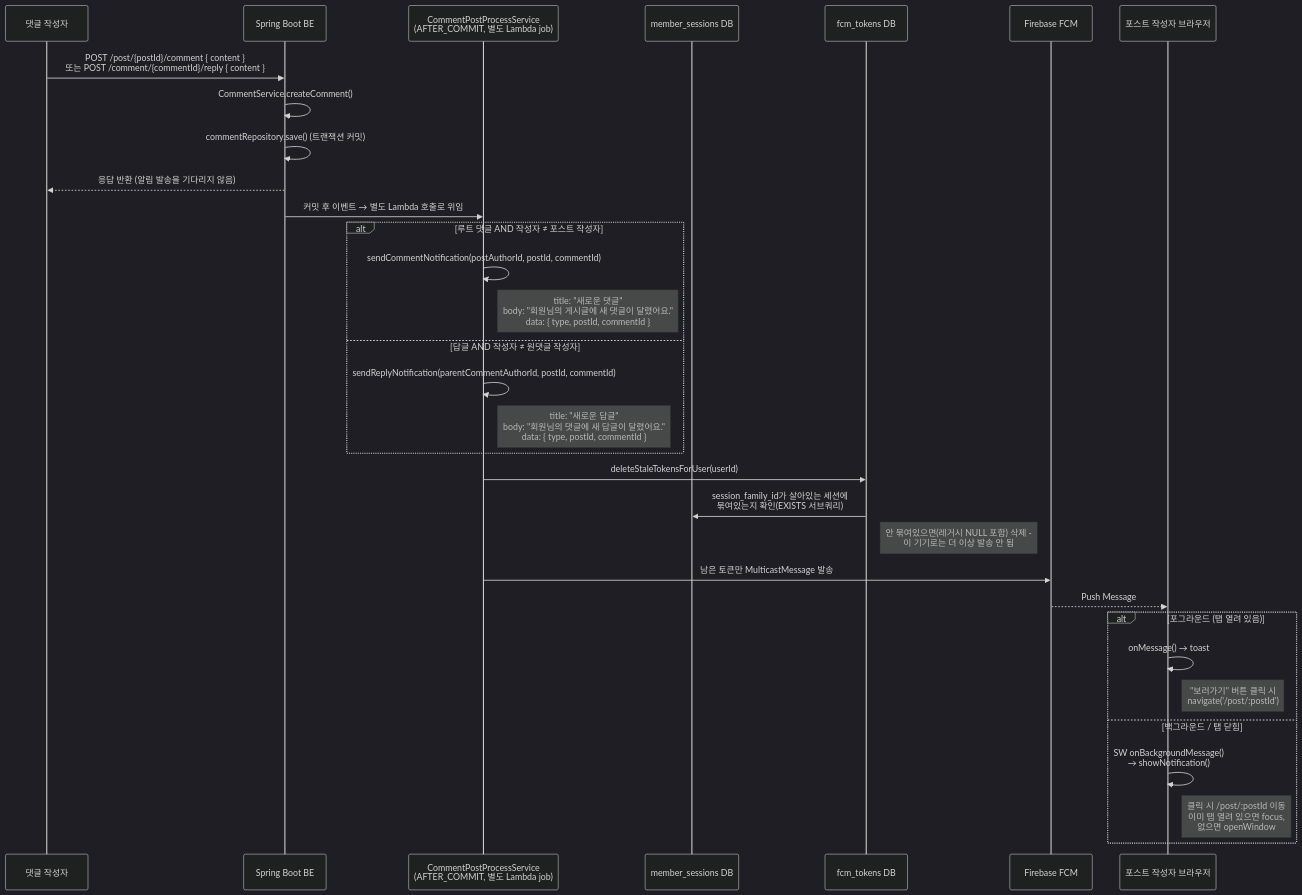
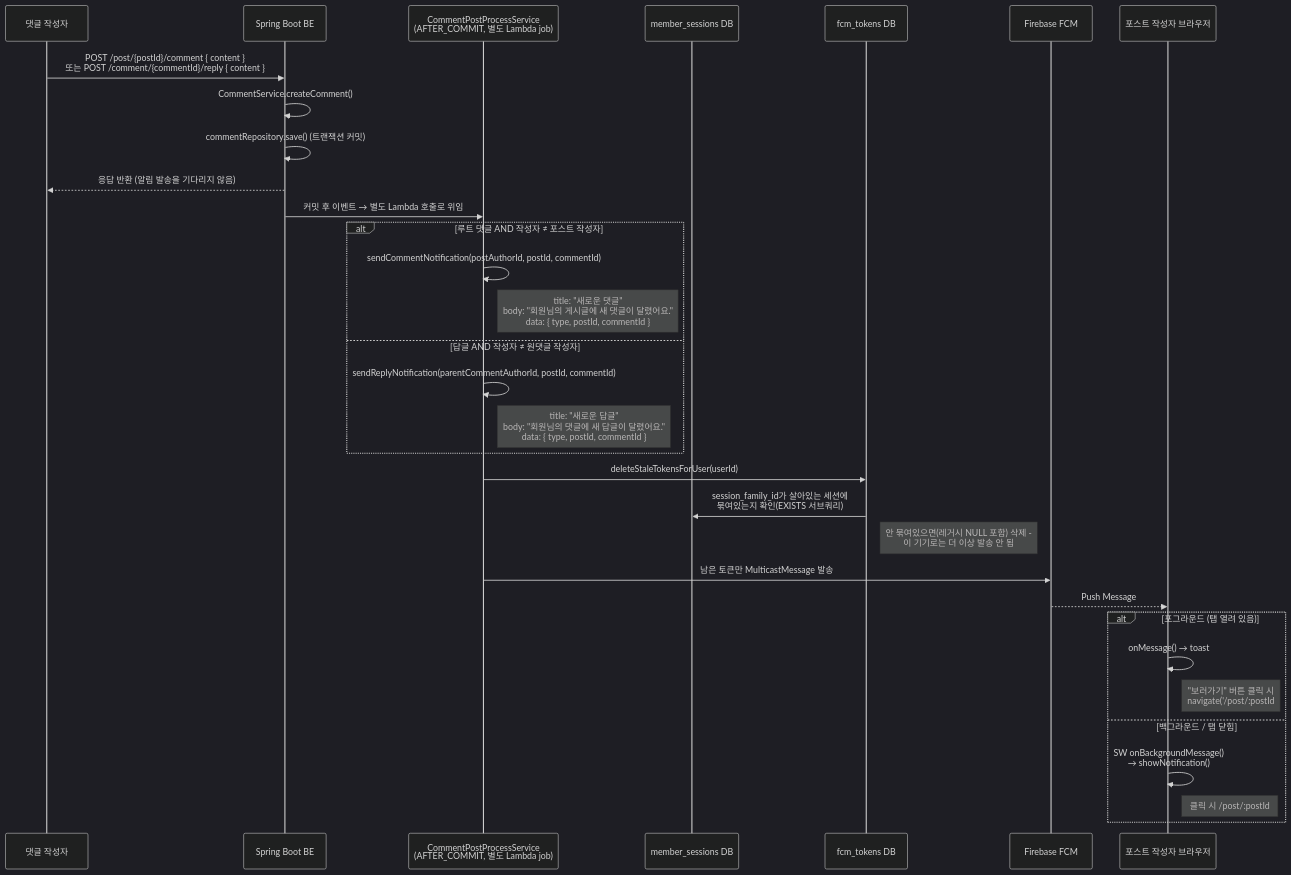
One commit to BAECHAN/link-sphere_FE_NEW changed the third of 3 diagrams in docs/FCM-PUSH-NOTIFICATION.md. Above: the diagram before and after it, drawn with Mermaid (dark theme). The commit also changed other lines of this file and 5 other files, not shown here.

````diff
--- a/docs/FCM-PUSH-NOTIFICATION.md
+++ b/docs/FCM-PUSH-NOTIFICATION.md
@@ -163,39 +163,39 @@
 ```mermaid
 sequenceDiagram
   participant Commenter as 댓글 작성자
   participant BE as Spring Boot BE
   participant Job as CommentPostProcessService<br/>(AFTER_COMMIT, 별도 Lambda job)
   participant SessDB as member_sessions DB
   participant TokenDB as fcm_tokens DB
   participant FCM as Firebase FCM
   participant PostOwner as 포스트 작성자 브라우저
 
   Commenter->>BE: POST /post/{postId}/comment { content }<br/>또는 POST /comment/{commentId}/reply { content }
   BE->>BE: CommentService.createComment()
   BE->>BE: commentRepository.save() (트랜잭션 커밋)
   BE-->>Commenter: 응답 반환 (알림 발송을 기다리지 않음)
   BE->>Job: 커밋 후 이벤트 → 별도 Lambda 호출로 위임
 
   alt 루트 댓글 AND 작성자 ≠ 포스트 작성자
     Job->>Job: sendCommentNotification(postAuthorId, postId, commentId)
     Note right of Job: title: "새로운 댓글"<br/>body: "회원님의 게시글에 새 댓글이 달렸어요."<br/>data: { type, postId, commentId }
   else 답글 AND 작성자 ≠ 원댓글 작성자
     Job->>Job: sendReplyNotification(parentCommentAuthorId, postId, commentId)
     Note right of Job: title: "새로운 답글"<br/>body: "회원님의 댓글에 새 답글이 달렸어요."<br/>data: { type, postId, commentId }
   end
 
   Job->>TokenDB: deleteStaleTokensForUser(userId)
   TokenDB->>SessDB: session_family_id가 살아있는 세션에<br/>묶여있는지 확인(EXISTS 서브쿼리)
   Note right of TokenDB: 안 묶여있으면(레거시 NULL 포함) 삭제 -<br/>이 기기로는 더 이상 발송 안 됨
   Job->>FCM: 남은 토큰만 MulticastMessage 발송
 
   FCM-->>PostOwner: Push Message
 
   alt 포그라운드 (탭 열려 있음)
     PostOwner->>PostOwner: onMessage() → toast
-    Note right of PostOwner: "보러가기" 버튼 클릭 시<br/>navigate('/post/:postId')
+    Note right of PostOwner: "보러가기" 버튼 클릭 시<br/>navigate('/post/:postId#comment-:commentId')
   else 백그라운드 / 탭 닫힘
     PostOwner->>PostOwner: SW onBackgroundMessage()<br/>→ showNotification()
-    Note right of PostOwner: 클릭 시 /post/:postId 이동<br/>이미 탭 열려 있으면 focus,<br/>없으면 openWindow
+    Note right of PostOwner: 클릭 시 /post/:postId#comment-:commentId 이동<br/>이미 탭 열려 있으면 focus,<br/>없으면 openWindow
   end
 ```
````
